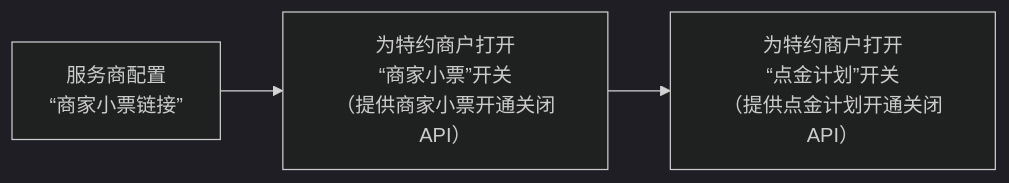
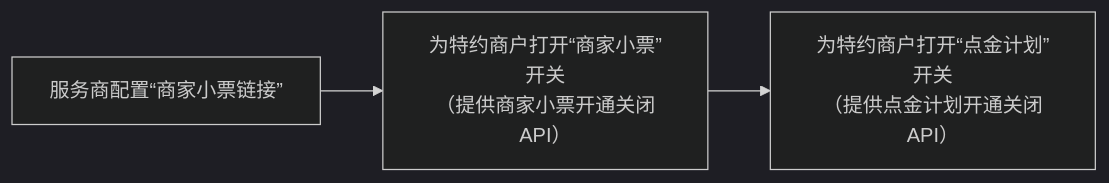
One commit to minibear2021/wechatpay_docs changed the diagram in docs/partner/pages/4012072158.md. Above: the diagram before and after it, drawn with Mermaid (dark theme). The commit also changed other lines of this file and 46 other files, not shown here.

````diff
--- a/docs/partner/pages/4012072158.md
+++ b/docs/partner/pages/4012072158.md
@@ -77,11 +77,9 @@
 ```mermaid
 flowchart LR
-  A["服务商配置
-“商家小票链接”"] --> B["为特约商户打开
-“商家小票”开关
-（提供商家小票开通关闭API）"]
-    C["为特约商户打开
-“点金计划”开关
-（提供点金计划开通关闭API）"]
+    C["为特约商户打开“点金计划”开关<br/>（提供点金计划开通关闭API）"]
+  A["服务商配置“商家小票链接”"] --> B["为特约商户打开“商家小票”开关<br/>（提供商家小票开通关闭API）"]
     B --> C
+    A@{ w: 234.1, h: 68 }
+    B@{ w: 311.3, h: 69.4 }
+    C@{ w: 267.4, h: 74.7 }
 ```
````
